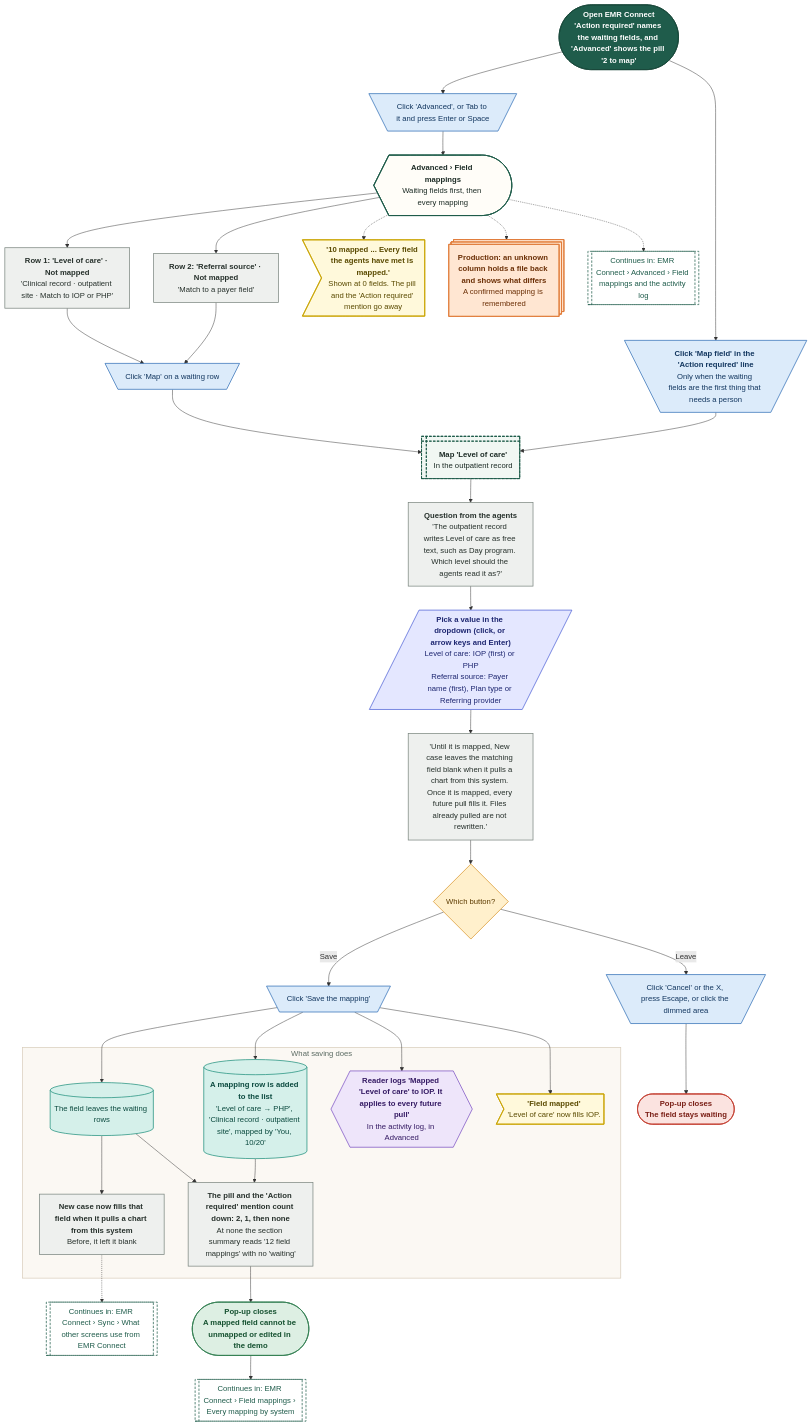
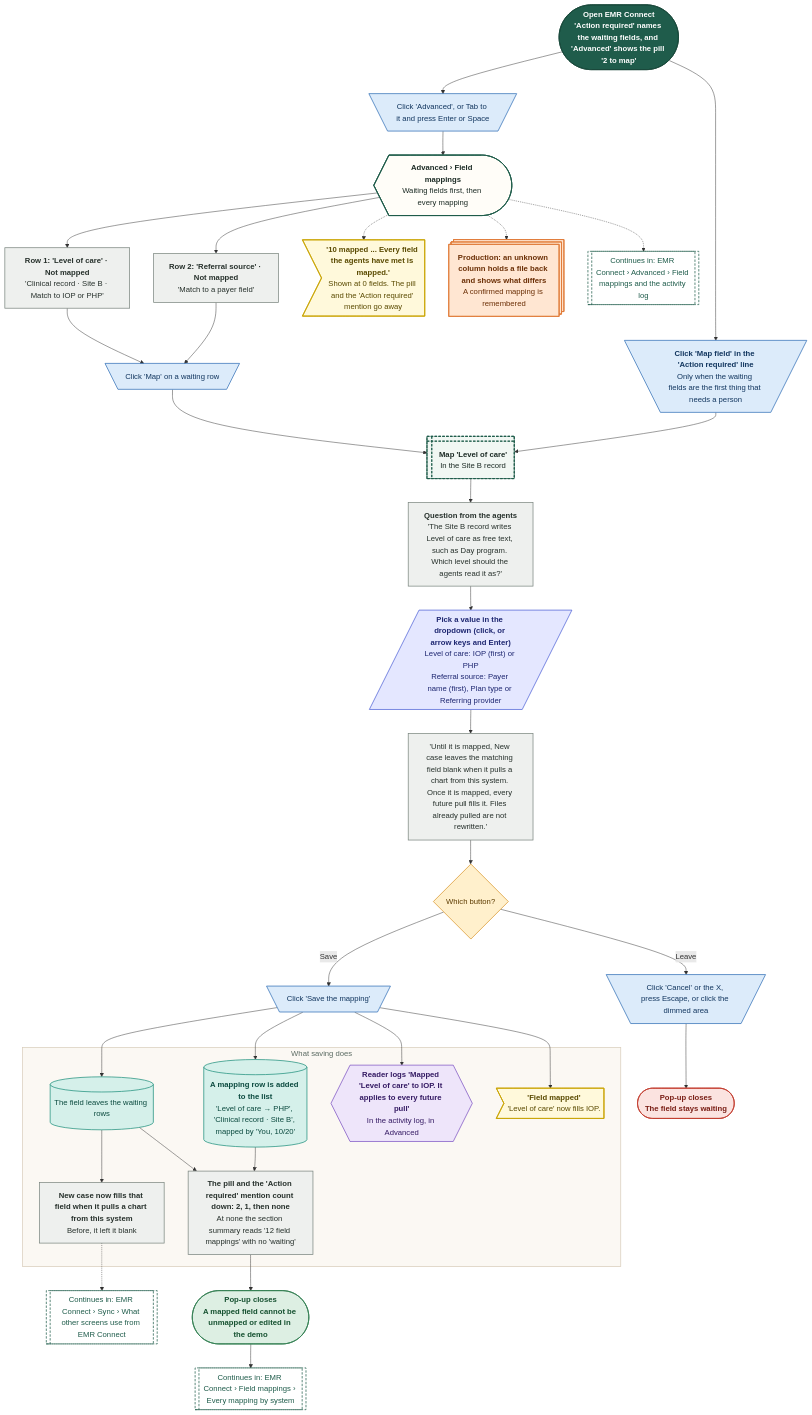
One commit to Shrav143/psyfloapp changed diagram 14 of 21 in demos/prior-auth-demo/workflows/out/md/09-emr-connect.md. Above: the diagram before and after it, drawn with Mermaid. The commit also changed other lines of this file and 251 other files, not shown here.

First line of the commit message:
docs: rebuild the workflow diagrams (291) for round 4

```diff
--- a/demos/prior-auth-demo/workflows/out/md/09-emr-connect.md
+++ b/demos/prior-auth-demo/workflows/out/md/09-emr-connect.md
@@ -1004,14 +1087,14 @@
   classDef k_goto fill:#FFFFFF,stroke:#1F5C4B,color:#1F5C4B,stroke-width:1.5px,stroke-dasharray:5 3
   s1@{ shape: stadium, label: "<b>Open EMR Connect</b><br/>'Action required' names the waiting fields, and 'Advanced' shows the pill '2 to map'" }
   c1@{ shape: curv-trap, label: "<b>Advanced › Field mappings</b><br/>Waiting fields first, then every mapping" }
-  r1@{ shape: rect, label: "<b>Row 1: 'Level of care' · Not mapped</b><br/>'Clinical record · outpatient site · Match to IOP or PHP'" }
+  r1@{ shape: rect, label: "<b>Row 1: 'Level of care' · Not mapped</b><br/>'Clinical record · Site B · Match to IOP or PHP'" }
   r2@{ shape: rect, label: "<b>Row 2: 'Referral source' · Not mapped</b><br/>'Match to a payer field'" }
   em@{ shape: odd, label: "<b>'10 mapped ... Every field the agents have met is mapped.'</b><br/>Shown at 0 fields. The pill and the 'Action required' mention go away" }
   b0@{ shape: trap-t, label: "Click 'Advanced', or Tab to it and press Enter or Space" }
   b1@{ shape: trap-t, label: "Click 'Map' on a waiting row" }
   b2@{ shape: trap-t, label: "<b>Click 'Map field' in the 'Action required' line</b><br/>Only when the waiting fields are the first thing that needs a person" }
-  o1@{ shape: win-pane, label: "<b>Map 'Level of care'</b><br/>In the outpatient record" }
-  q1@{ shape: rect, label: "<b>Question from the agents</b><br/>'The outpatient record writes Level of care as free text, such as Day program. Which level should the agents read it as?'" }
+  o1@{ shape: win-pane, label: "<b>Map 'Level of care'</b><br/>In the Site B record" }
+  q1@{ shape: rect, label: "<b>Question from the agents</b><br/>'The Site B record writes Level of care as free text, such as Day program. Which level should the agents read it as?'" }
   i1@{ shape: lean-r, label: "<b>Pick a value in the dropdown (click, or arrow keys and Enter)</b><br/>Level of care: IOP (first) or PHP<br/>Referral source: Payer name (first), Plan type or Referring provider" }
   n1@{ shape: rect, label: "'Until it is mapped, New case leaves the matching field blank when it pulls a chart from this system. Once it is mapped, every future pull fills it. Files already pulled are not rewritten.'" }
   d1@{ shape: diam, label: "Which button?" }
@@ -1020,7 +1103,7 @@
   x1@{ shape: stadium, label: "<b>Pop-up closes</b><br/>The field stays waiting" }
   subgraph gSave ["What saving does"]
   s2@{ shape: cyl, label: "The field leaves the waiting rows" }
-  s3@{ shape: cyl, label: "<b>A mapping row is added to the list</b><br/>'Level of care → PHP', 'Clinical record · outpatient site', mapped by 'You, 10/20'" }
+  s3@{ shape: cyl, label: "<b>A mapping row is added to the list</b><br/>'Level of care → PHP', 'Clinical record · Site B', mapped by 'You, 10/20'" }
   a1@{ shape: hex, label: "<b>Reader logs 'Mapped 'Level of care' to IOP. It applies to every future pull'</b><br/>In the activity log, in Advanced" }
   t1@{ shape: odd, label: "<b>'Field mapped'</b><br/>'Level of care' now fills IOP." }
   p1@{ shape: rect, label: "<b>The pill and the 'Action required' mention count down: 2, 1, then none</b><br/>At none the section summary reads '12 field mappings' with no 'waiting'" }
```
